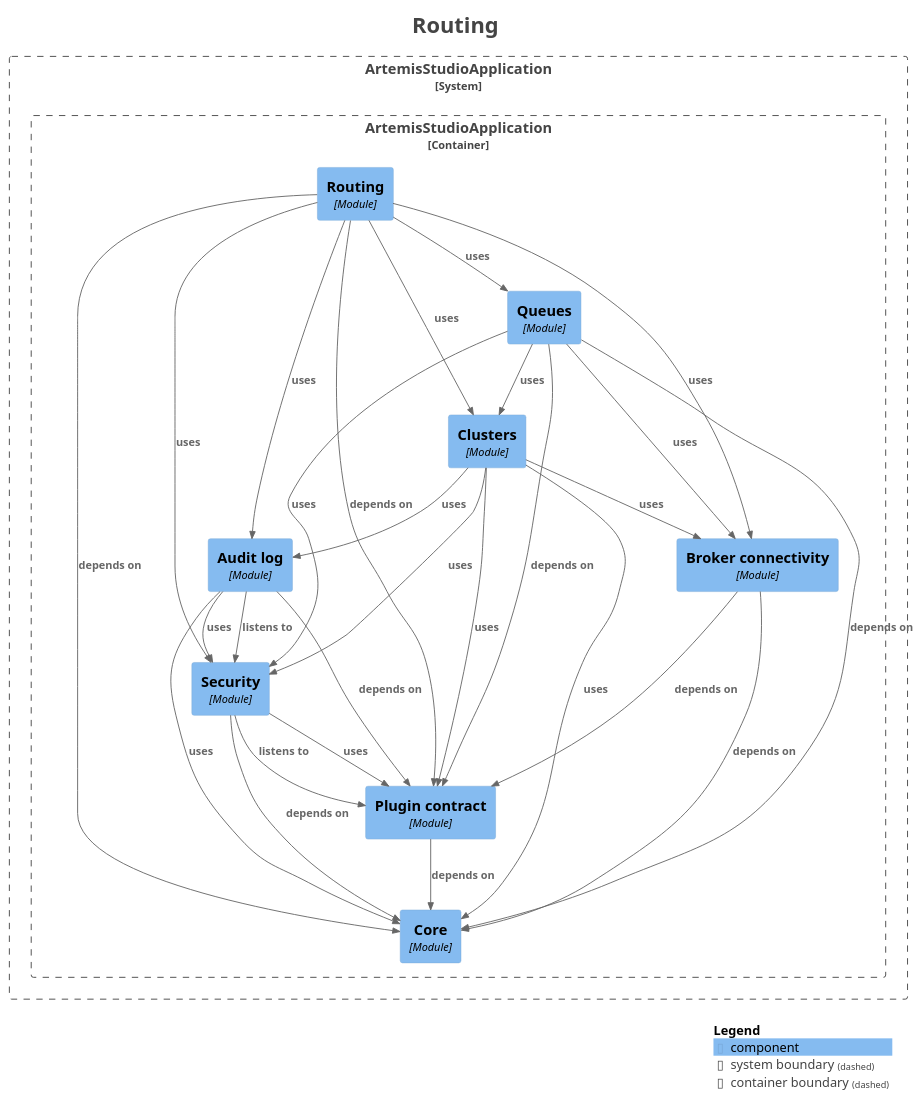
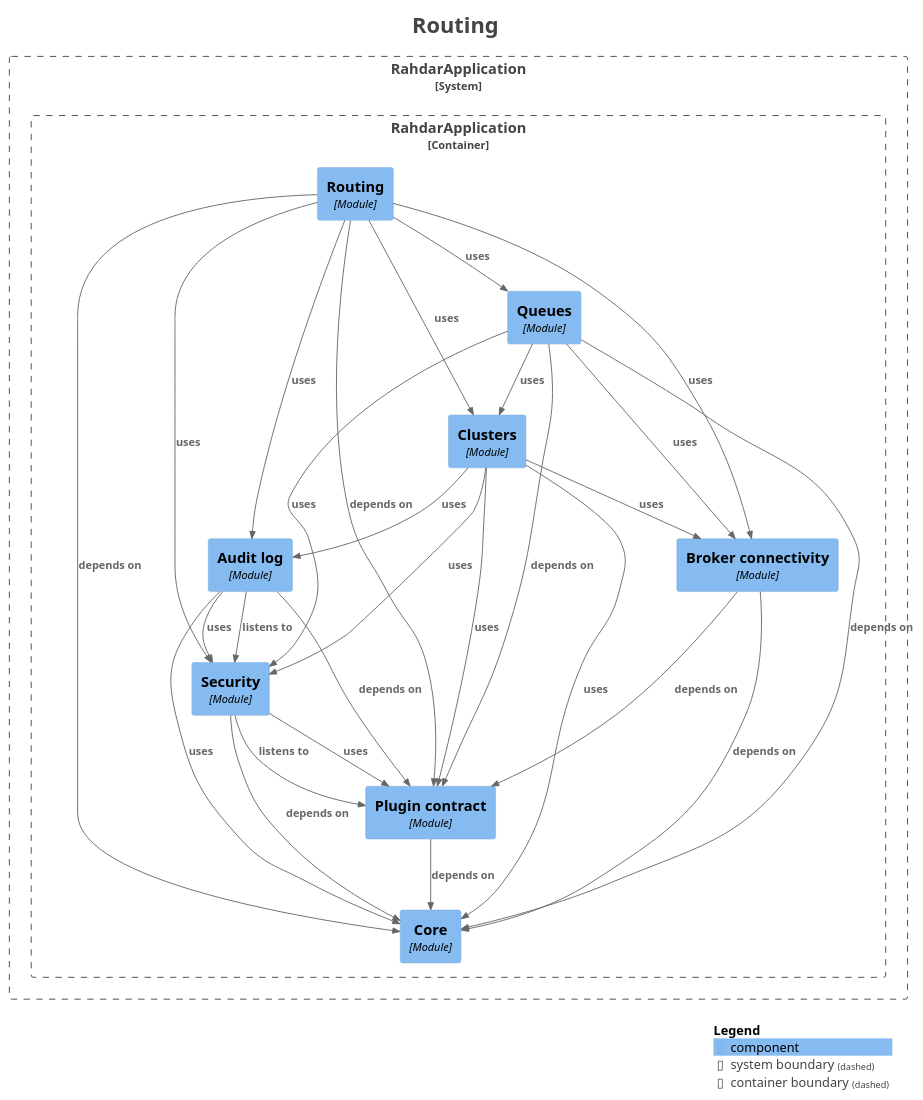
Before and after one commit to sudoitir/artemis-studio: the diagram in docs/modules/module-feature.routing.puml, drawn with PlantUML. The commit also changed 4323 other files, not shown here.

```diff
--- a/docs/modules/module-feature.routing.puml
+++ b/docs/modules/module-feature.routing.puml
@@ -1,62 +1,62 @@
 @startuml
 title <size:24>Routing</size>
 
 set separator none
 top to bottom direction
 
 <style>
   root {
     BackgroundColor: #ffffff
     FontColor: #444444
   }
 </style>
 
 !include <C4/C4>
 !include <C4/C4_Context>
 !include <C4/C4_Component>
 
-System_Boundary("ArtemisStudioApplication_boundary", "ArtemisStudioApplication", $tags="") {
-  Container_Boundary("ArtemisStudioApplication.ArtemisStudioApplication_boundary", "ArtemisStudioApplication", $tags="") {
-    Component(ArtemisStudioApplication.ArtemisStudioApplication.Auditlog, "Audit log", $techn="Module", $descr="", $tags="", $link="")
-    Component(ArtemisStudioApplication.ArtemisStudioApplication.Brokerconnectivity, "Broker connectivity", $techn="Module", $descr="", $tags="", $link="")
-    Component(ArtemisStudioApplication.ArtemisStudioApplication.Clusters, "Clusters", $techn="Module", $descr="", $tags="", $link="")
-    Component(ArtemisStudioApplication.ArtemisStudioApplication.Core, "Core", $techn="Module", $descr="", $tags="", $link="")
-    Component(ArtemisStudioApplication.ArtemisStudioApplication.Plugincontract, "Plugin contract", $techn="Module", $descr="", $tags="", $link="")
-    Component(ArtemisStudioApplication.ArtemisStudioApplication.Queues, "Queues", $techn="Module", $descr="", $tags="", $link="")
-    Component(ArtemisStudioApplication.ArtemisStudioApplication.Routing, "Routing", $techn="Module", $descr="", $tags="", $link="")
-    Component(ArtemisStudioApplication.ArtemisStudioApplication.Security, "Security", $techn="Module", $descr="", $tags="", $link="")
+System_Boundary("RahdarApplication_boundary", "RahdarApplication", $tags="") {
+  Container_Boundary("RahdarApplication.RahdarApplication_boundary", "RahdarApplication", $tags="") {
+    Component(RahdarApplication.RahdarApplication.Auditlog, "Audit log", $techn="Module", $descr="", $tags="", $link="")
+    Component(RahdarApplication.RahdarApplication.Brokerconnectivity, "Broker connectivity", $techn="Module", $descr="", $tags="", $link="")
+    Component(RahdarApplication.RahdarApplication.Clusters, "Clusters", $techn="Module", $descr="", $tags="", $link="")
+    Component(RahdarApplication.RahdarApplication.Core, "Core", $techn="Module", $descr="", $tags="", $link="")
+    Component(RahdarApplication.RahdarApplication.Plugincontract, "Plugin contract", $techn="Module", $descr="", $tags="", $link="")
+    Component(RahdarApplication.RahdarApplication.Queues, "Queues", $techn="Module", $descr="", $tags="", $link="")
+    Component(RahdarApplication.RahdarApplication.Routing, "Routing", $techn="Module", $descr="", $tags="", $link="")
+    Component(RahdarApplication.RahdarApplication.Security, "Security", $techn="Module", $descr="", $tags="", $link="")
   }
 
 }
 
-Rel(ArtemisStudioApplication.ArtemisStudioApplication.Auditlog, ArtemisStudioApplication.ArtemisStudioApplication.Core, "uses", $techn="", $tags="", $link="")
-Rel(ArtemisStudioApplication.ArtemisStudioApplication.Auditlog, ArtemisStudioApplication.ArtemisStudioApplication.Plugincontract, "depends on", $techn="", $tags="", $link="")
-Rel(ArtemisStudioApplication.ArtemisStudioApplication.Auditlog, ArtemisStudioApplication.ArtemisStudioApplication.Security, "listens to", $techn="", $tags="", $link="")
-Rel(ArtemisStudioApplication.ArtemisStudioApplication.Auditlog, ArtemisStudioApplication.ArtemisStudioApplication.Security, "uses", $techn="", $tags="", $link="")
-Rel(ArtemisStudioApplication.ArtemisStudioApplication.Brokerconnectivity, ArtemisStudioApplication.ArtemisStudioApplication.Core, "depends on", $techn="", $tags="", $link="")
-Rel(ArtemisStudioApplication.ArtemisStudioApplication.Brokerconnectivity, ArtemisStudioApplication.ArtemisStudioApplication.Plugincontract, "depends on", $techn="", $tags="", $link="")
-Rel(ArtemisStudioApplication.ArtemisStudioApplication.Clusters, ArtemisStudioApplication.ArtemisStudioApplication.Auditlog, "uses", $techn="", $tags="", $link="")
-Rel(ArtemisStudioApplication.ArtemisStudioApplication.Clusters, ArtemisStudioApplication.ArtemisStudioApplication.Brokerconnectivity, "uses", $techn="", $tags="", $link="")
-Rel(ArtemisStudioApplication.ArtemisStudioApplication.Clusters, ArtemisStudioApplication.ArtemisStudioApplication.Core, "uses", $techn="", $tags="", $link="")
-Rel(ArtemisStudioApplication.ArtemisStudioApplication.Clusters, ArtemisStudioApplication.ArtemisStudioApplication.Plugincontract, "uses", $techn="", $tags="", $link="")
-Rel(ArtemisStudioApplication.ArtemisStudioApplication.Clusters, ArtemisStudioApplication.ArtemisStudioApplication.Security, "uses", $techn="", $tags="", $link="")
-Rel(ArtemisStudioApplication.ArtemisStudioApplication.Plugincontract, ArtemisStudioApplication.ArtemisStudioApplication.Core, "depends on", $techn="", $tags="", $link="")
-Rel(ArtemisStudioApplication.ArtemisStudioApplication.Queues, ArtemisStudioApplication.ArtemisStudioApplication.Brokerconnectivity, "uses", $techn="", $tags="", $link="")
-Rel(ArtemisStudioApplication.ArtemisStudioApplication.Queues, ArtemisStudioApplication.ArtemisStudioApplication.Clusters, "uses", $techn="", $tags="", $link="")
-Rel(ArtemisStudioApplication.ArtemisStudioApplication.Queues, ArtemisStudioApplication.ArtemisStudioApplication.Core, "depends on", $techn="", $tags="", $link="")
-Rel(ArtemisStudioApplication.ArtemisStudioApplication.Queues, ArtemisStudioApplication.ArtemisStudioApplication.Plugincontract, "depends on", $techn="", $tags="", $link="")
-Rel(ArtemisStudioApplication.ArtemisStudioApplication.Queues, ArtemisStudioApplication.ArtemisStudioApplication.Security, "uses", $techn="", $tags="", $link="")
-Rel(ArtemisStudioApplication.ArtemisStudioApplication.Routing, ArtemisStudioApplication.ArtemisStudioApplication.Auditlog, "uses", $techn="", $tags="", $link="")
-Rel(ArtemisStudioApplication.ArtemisStudioApplication.Routing, ArtemisStudioApplication.ArtemisStudioApplication.Brokerconnectivity, "uses", $techn="", $tags="", $link="")
-Rel(ArtemisStudioApplication.ArtemisStudioApplication.Routing, ArtemisStudioApplication.ArtemisStudioApplication.Clusters, "uses", $techn="", $tags="", $link="")
-Rel(ArtemisStudioApplication.ArtemisStudioApplication.Routing, ArtemisStudioApplication.ArtemisStudioApplication.Core, "depends on", $techn="", $tags="", $link="")
-Rel(ArtemisStudioApplication.ArtemisStudioApplication.Routing, ArtemisStudioApplication.ArtemisStudioApplication.Plugincontract, "depends on", $techn="", $tags="", $link="")
-Rel(ArtemisStudioApplication.ArtemisStudioApplication.Routing, ArtemisStudioApplication.ArtemisStudioApplication.Queues, "uses", $techn="", $tags="", $link="")
-Rel(ArtemisStudioApplication.ArtemisStudioApplication.Routing, ArtemisStudioApplication.ArtemisStudioApplication.Security, "uses", $techn="", $tags="", $link="")
-Rel(ArtemisStudioApplication.ArtemisStudioApplication.Security, ArtemisStudioApplication.ArtemisStudioApplication.Core, "depends on", $techn="", $tags="", $link="")
-Rel(ArtemisStudioApplication.ArtemisStudioApplication.Security, ArtemisStudioApplication.ArtemisStudioApplication.Plugincontract, "listens to", $techn="", $tags="", $link="")
-Rel(ArtemisStudioApplication.ArtemisStudioApplication.Security, ArtemisStudioApplication.ArtemisStudioApplication.Plugincontract, "uses", $techn="", $tags="", $link="")
+Rel(RahdarApplication.RahdarApplication.Auditlog, RahdarApplication.RahdarApplication.Core, "uses", $techn="", $tags="", $link="")
+Rel(RahdarApplication.RahdarApplication.Auditlog, RahdarApplication.RahdarApplication.Plugincontract, "depends on", $techn="", $tags="", $link="")
+Rel(RahdarApplication.RahdarApplication.Auditlog, RahdarApplication.RahdarApplication.Security, "listens to", $techn="", $tags="", $link="")
+Rel(RahdarApplication.RahdarApplication.Auditlog, RahdarApplication.RahdarApplication.Security, "uses", $techn="", $tags="", $link="")
+Rel(RahdarApplication.RahdarApplication.Brokerconnectivity, RahdarApplication.RahdarApplication.Core, "depends on", $techn="", $tags="", $link="")
+Rel(RahdarApplication.RahdarApplication.Brokerconnectivity, RahdarApplication.RahdarApplication.Plugincontract, "depends on", $techn="", $tags="", $link="")
+Rel(RahdarApplication.RahdarApplication.Clusters, RahdarApplication.RahdarApplication.Auditlog, "uses", $techn="", $tags="", $link="")
+Rel(RahdarApplication.RahdarApplication.Clusters, RahdarApplication.RahdarApplication.Brokerconnectivity, "uses", $techn="", $tags="", $link="")
+Rel(RahdarApplication.RahdarApplication.Clusters, RahdarApplication.RahdarApplication.Core, "uses", $techn="", $tags="", $link="")
+Rel(RahdarApplication.RahdarApplication.Clusters, RahdarApplication.RahdarApplication.Plugincontract, "uses", $techn="", $tags="", $link="")
+Rel(RahdarApplication.RahdarApplication.Clusters, RahdarApplication.RahdarApplication.Security, "uses", $techn="", $tags="", $link="")
+Rel(RahdarApplication.RahdarApplication.Plugincontract, RahdarApplication.RahdarApplication.Core, "depends on", $techn="", $tags="", $link="")
+Rel(RahdarApplication.RahdarApplication.Queues, RahdarApplication.RahdarApplication.Brokerconnectivity, "uses", $techn="", $tags="", $link="")
+Rel(RahdarApplication.RahdarApplication.Queues, RahdarApplication.RahdarApplication.Clusters, "uses", $techn="", $tags="", $link="")
+Rel(RahdarApplication.RahdarApplication.Queues, RahdarApplication.RahdarApplication.Core, "depends on", $techn="", $tags="", $link="")
+Rel(RahdarApplication.RahdarApplication.Queues, RahdarApplication.RahdarApplication.Plugincontract, "depends on", $techn="", $tags="", $link="")
+Rel(RahdarApplication.RahdarApplication.Queues, RahdarApplication.RahdarApplication.Security, "uses", $techn="", $tags="", $link="")
+Rel(RahdarApplication.RahdarApplication.Routing, RahdarApplication.RahdarApplication.Auditlog, "uses", $techn="", $tags="", $link="")
+Rel(RahdarApplication.RahdarApplication.Routing, RahdarApplication.RahdarApplication.Brokerconnectivity, "uses", $techn="", $tags="", $link="")
+Rel(RahdarApplication.RahdarApplication.Routing, RahdarApplication.RahdarApplication.Clusters, "uses", $techn="", $tags="", $link="")
+Rel(RahdarApplication.RahdarApplication.Routing, RahdarApplication.RahdarApplication.Core, "depends on", $techn="", $tags="", $link="")
+Rel(RahdarApplication.RahdarApplication.Routing, RahdarApplication.RahdarApplication.Plugincontract, "depends on", $techn="", $tags="", $link="")
+Rel(RahdarApplication.RahdarApplication.Routing, RahdarApplication.RahdarApplication.Queues, "uses", $techn="", $tags="", $link="")
+Rel(RahdarApplication.RahdarApplication.Routing, RahdarApplication.RahdarApplication.Security, "uses", $techn="", $tags="", $link="")
+Rel(RahdarApplication.RahdarApplication.Security, RahdarApplication.RahdarApplication.Core, "depends on", $techn="", $tags="", $link="")
+Rel(RahdarApplication.RahdarApplication.Security, RahdarApplication.RahdarApplication.Plugincontract, "listens to", $techn="", $tags="", $link="")
+Rel(RahdarApplication.RahdarApplication.Security, RahdarApplication.RahdarApplication.Plugincontract, "uses", $techn="", $tags="", $link="")
 
 SHOW_LEGEND(true)
 hide stereotypes
 @enduml
```
